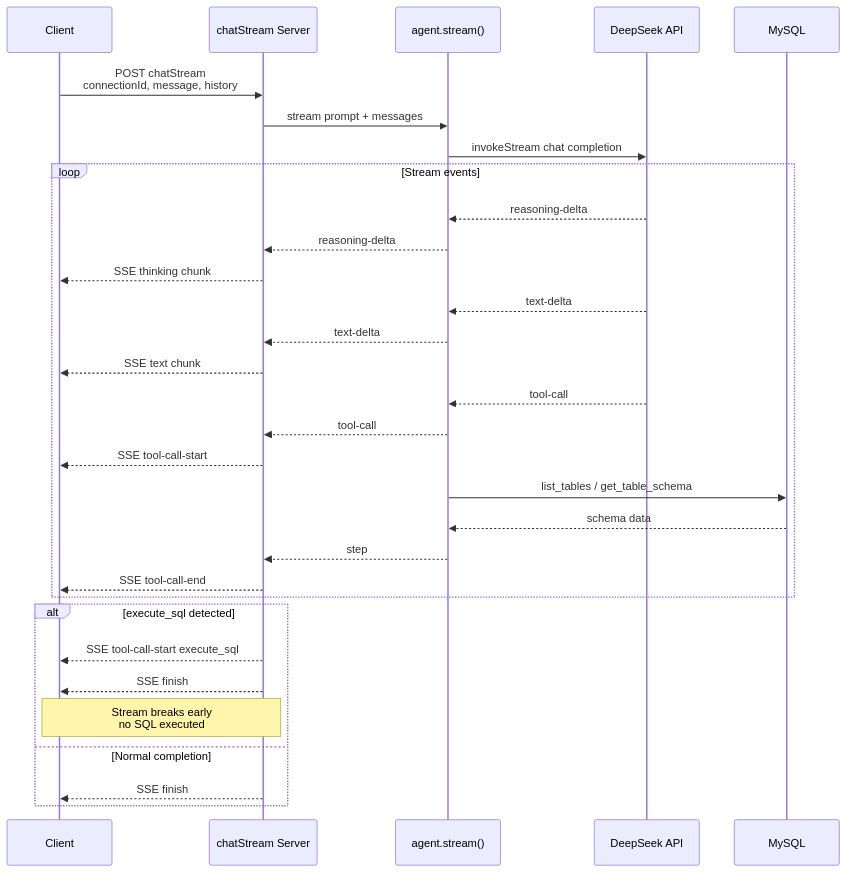
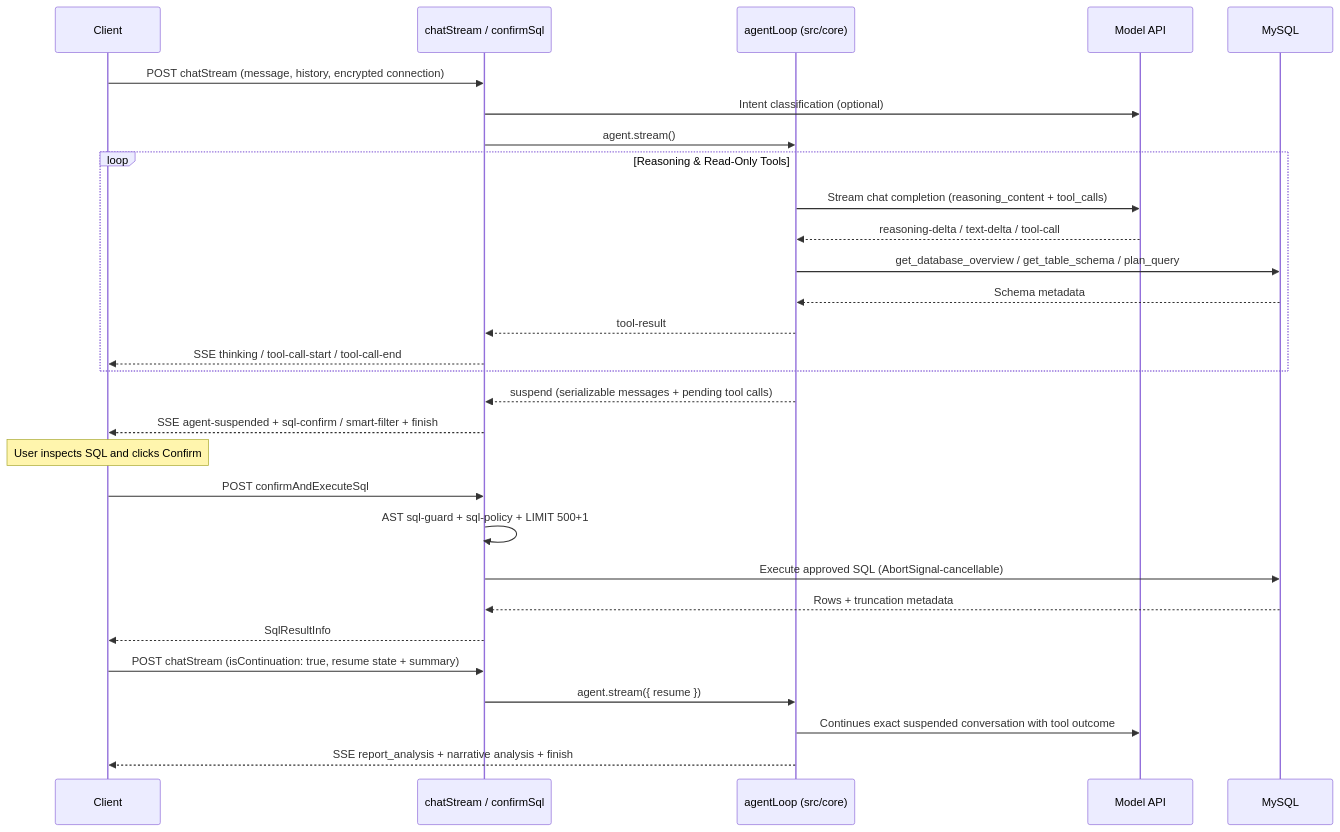
One commit to annoyc/deepseek-db-chat changed the second of 3 diagrams in docs/architecture.md. Above: the diagram before and after it, drawn with Mermaid. The commit also changed other lines of this file and 19 other files, not shown here.

````diff
--- a/docs/architecture.md
+++ b/docs/architecture.md
@@ -206,39 +109,34 @@
 ```mermaid
 sequenceDiagram
     participant Client
-    participant Server as chatStream Server
-    participant Agent as agent.stream()
-    participant API as DeepSeek API
+    participant Server as chatStream / confirmSql
+    participant Agent as agentLoop (src/core)
+    participant LLM as Model API
     participant DB as MySQL
 
-    Client->>Server: POST chatStream<br/>connectionId, message, history
-    Server->>Agent: stream prompt + messages
-    Agent->>API: invokeStream chat completion
+    Client->>Server: POST chatStream (message, history, encrypted connection)
+    Server->>LLM: Intent classification (optional)
+    Server->>Agent: agent.stream()
+    loop Reasoning & Read-Only Tools
+        Agent->>LLM: Stream chat completion (reasoning_content + tool_calls)
+        LLM-->>Agent: reasoning-delta / text-delta / tool-call
+        Agent->>DB: get_database_overview / get_table_schema / plan_query
+        DB-->>Agent: Schema metadata
+        Agent-->>Server: tool-result
+        Server-->>Client: SSE thinking / tool-call-start / tool-call-end
+    end
+    Agent-->>Server: suspend (serializable messages + pending tool calls)
+    Server-->>Client: SSE agent-suspended + sql-confirm / smart-filter + finish
 
-    loop Stream events
-        API-->>Agent: reasoning-delta
-        Agent-->>Server: reasoning-delta
-        Server-->>Client: SSE thinking chunk
+    Note over Client: User inspects SQL and clicks Confirm
+    Client->>Server: POST confirmAndExecuteSql
+    Server->>Server: AST sql-guard + sql-policy + LIMIT 500+1
+    Server->>DB: Execute approved SQL (AbortSignal-cancellable)
+    DB-->>Server: Rows + truncation metadata
+    Server-->>Client: SqlResultInfo
 
-        API-->>Agent: text-delta
-        Agent-->>Server: text-delta
-        Server-->>Client: SSE text chunk
-
-        API-->>Agent: tool-call
-        Agent-->>Server: tool-call
-        Server-->>Client: SSE tool-call-start
-
-        Agent->>DB: list_tables / get_table_schema
-        DB-->>Agent: schema data
-        Agent-->>Server: step
-        Server-->>Client: SSE tool-call-end
-    end
-
-    alt execute_sql detected
-        Server-->>Client: SSE tool-call-start execute_sql
-        Server-->>Client: SSE finish
-        Note over Server,Client: Stream breaks early<br/>no SQL executed
-    else Normal completion
-        Server-->>Client: SSE finish
-    end
+    Client->>Server: POST chatStream (isContinuation: true, resume state + summary)
+    Server->>Agent: agent.stream({ resume })
+    Agent->>LLM: Continues exact suspended conversation with tool outcome
+    Agent-->>Client: SSE report_analysis + narrative analysis + finish
 ```
````
